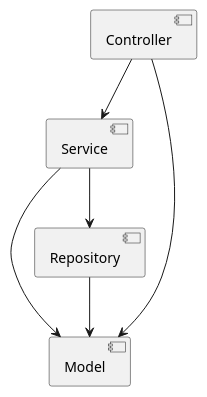
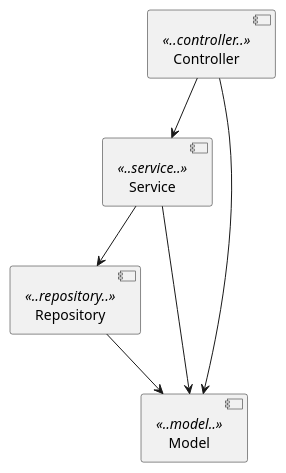
One commit to ChrisvDalen/archunit-demo changed the diagram in archunit-demo/README.md. Above: the diagram before and after it, drawn with PlantUML. The commit also changed other lines of this file, not shown here.

````diff
--- a/archunit-demo/README.md
+++ b/archunit-demo/README.md
@@ -103,7 +243,14 @@
 ```plantuml
+@startuml
+[Controller] <<..controller..>>
+[Service]    <<..service..>>
+[Repository] <<..repository..>>
+[Model]      <<..model..>>
+
 [Controller] --> [Service]
 [Controller] --> [Model]
 [Service]    --> [Repository]
 [Service]    --> [Model]
 [Repository] --> [Model]
+@enduml
 ```
````
